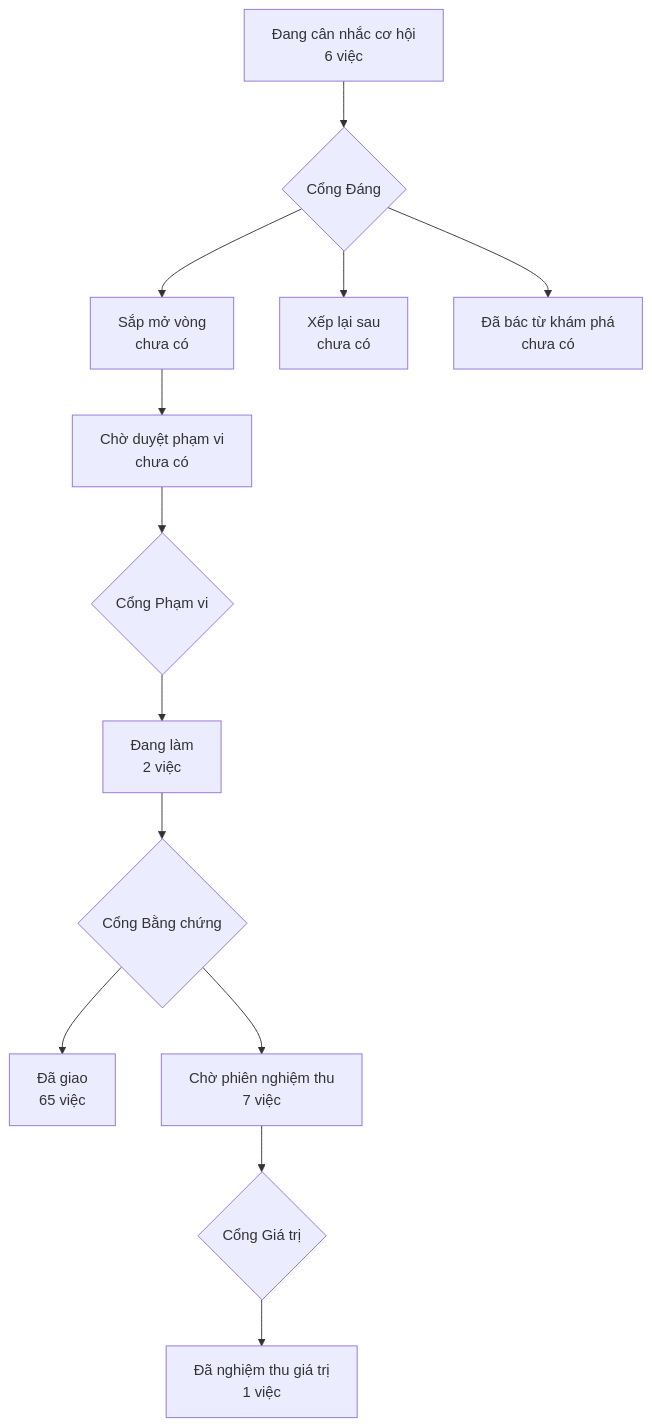
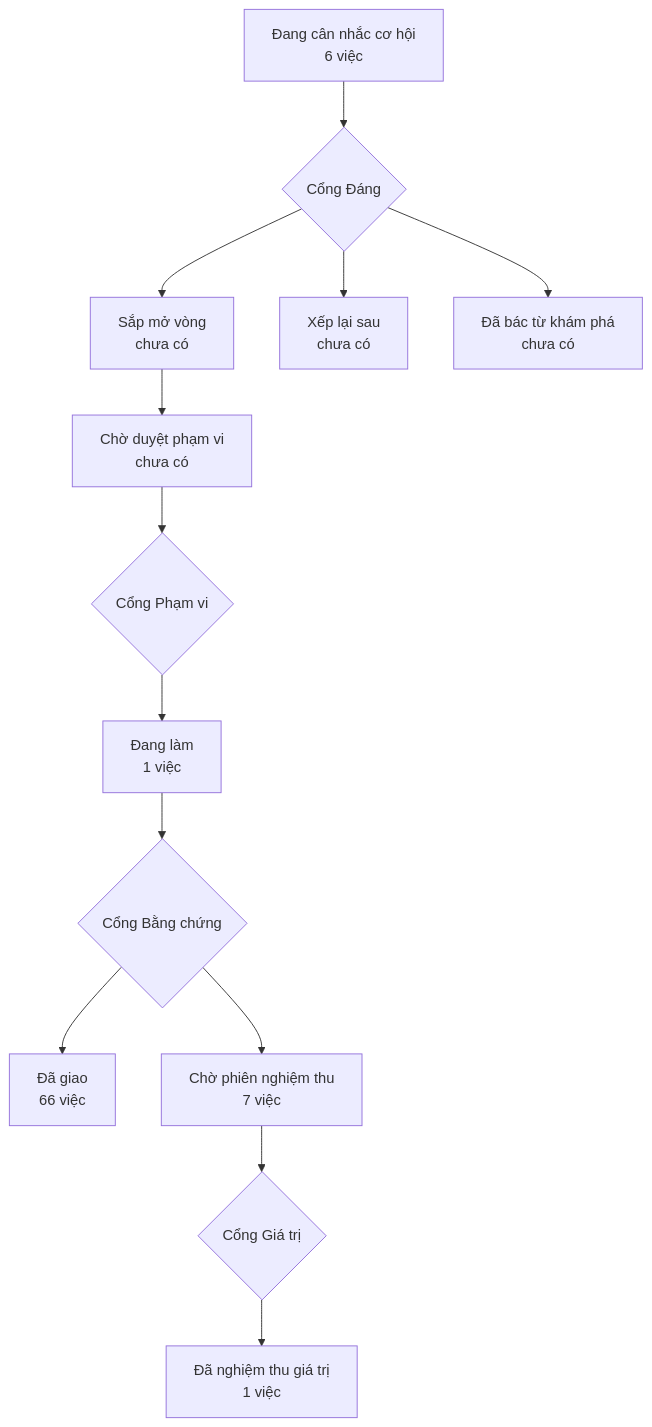
Before and after one commit to phanlemanh/crm-onehub: the diagram in PRODUCT-MAP.md, drawn with Mermaid. The commit also changed 2 other files, not shown here.

Commit message:
Gate 2 signoff: ten-dong-tien-bao-cao — Manh Phan

````diff
--- a/PRODUCT-MAP.md
+++ b/PRODUCT-MAP.md
@@ -6,12 +6,12 @@
 ```mermaid
 flowchart TD
   A["Đang cân nhắc cơ hội<br/>6 việc"] --> GD{"Cổng Đáng"}
   GD --> B["Sắp mở vòng<br/>chưa có"]
   GD --> XL["Xếp lại sau<br/>chưa có"]
   GD --> DB["Đã bác từ khám phá<br/>chưa có"]
   B --> CD["Chờ duyệt phạm vi<br/>chưa có"] --> GP{"Cổng Phạm vi"}
-  GP --> DL["Đang làm<br/>2 việc"] --> GB{"Cổng Bằng chứng"}
-  GB --> DG["Đã giao<br/>65 việc"]
+  GP --> DL["Đang làm<br/>1 việc"] --> GB{"Cổng Bằng chứng"}
+  GB --> DG["Đã giao<br/>66 việc"]
   GB --> CN["Chờ phiên nghiệm thu<br/>7 việc"] --> GG{"Cổng Giá trị"}
   GG --> NT["Đã nghiệm thu giá trị<br/>1 việc"]
 ```
````
